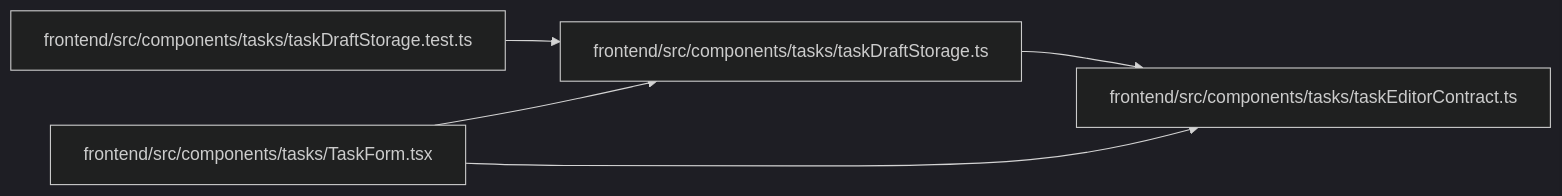
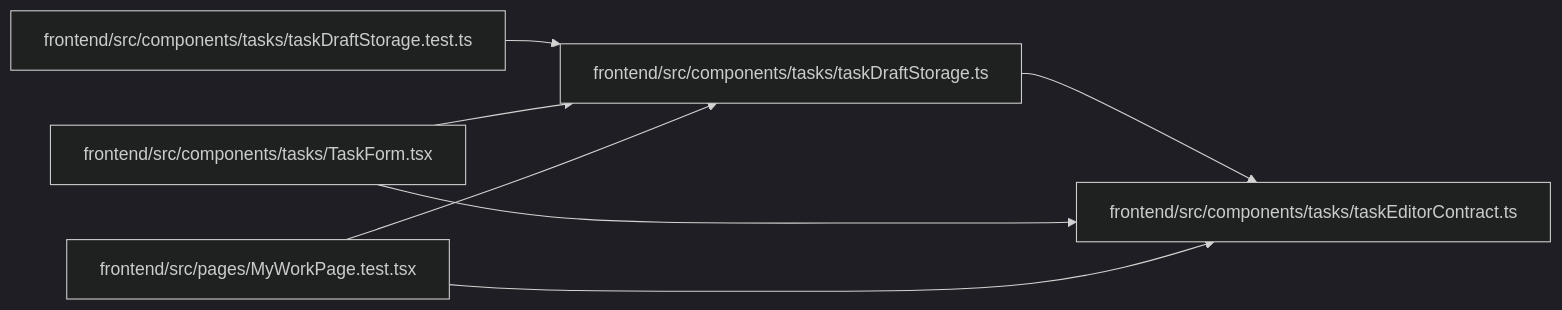
The diagram in docs/llm_wiki/modules/taskDraftStorage.md (Denissvgn/WorkChord), drawn with Mermaid (dark theme) before and after one commit. The commit also changed other lines of this file and 10148 other files, not shown here.

````diff
--- a/docs/llm_wiki/modules/taskDraftStorage.md
+++ b/docs/llm_wiki/modules/taskDraftStorage.md
@@ -26,15 +26,19 @@
 ```mermaid
 flowchart LR
     n0["frontend/src/components/tasks/taskDraftStorage.test.ts"]
     n1["frontend/src/components/tasks/taskDraftStorage.ts"]
     n2["frontend/src/components/tasks/taskEditorContract.ts"]
     n3["frontend/src/components/tasks/TaskForm.tsx"]
+    n4["frontend/src/pages/MyWorkPage.test.tsx"]
     n0 --> n1
     n1 --> n2
     n3 --> n1
     n3 --> n2
+    n4 --> n1
+    n4 --> n2
     click n0 "../modules/taskDraftStorage.test.md"
     click n1 "../modules/taskDraftStorage.md"
     click n2 "../modules/taskEditorContract.md"
     click n3 "../modules/TaskForm.md"
+    click n4 "../modules/MyWorkPage.test.md"
 ```
````
